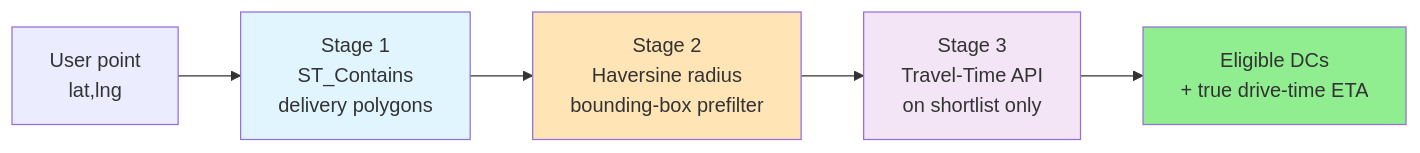
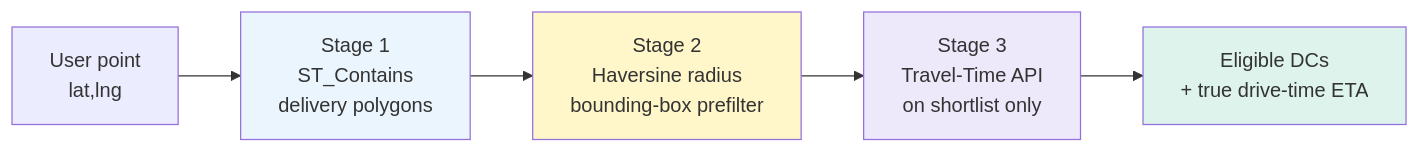
Before and after one commit to cartmancodes/InterviewVault: the third of 7 diagrams in LLD/questions/Design Local Delivery Service.md, drawn with Mermaid. The commit also changed other lines of this file and 679 other files, not shown here.

Commit message:
Unify content diagrams and add accessible visual walkthroughs

````diff
--- a/LLD/questions/Design Local Delivery Service.md
+++ b/LLD/questions/Design Local Delivery Service.md
@@ -227,12 +227,12 @@
 ```mermaid
 graph LR
     U[User point<br/>lat,lng] --> S1[Stage 1<br/>ST_Contains<br/>delivery polygons]
     S1 --> S2[Stage 2<br/>Haversine radius<br/>bounding-box prefilter]
     S2 --> S3[Stage 3<br/>Travel-Time API<br/>on shortlist only]
     S3 --> R[Eligible DCs<br/>+ true drive-time ETA]
 
-    style S1 fill:#e1f5ff
-    style S2 fill:#FFE4B5
-    style S3 fill:#f3e5f5
-    style R fill:#90EE90
+    style S1 fill:#EAF5FD
+    style S2 fill:#FFF6C9
+    style S3 fill:#EDE8FA
+    style R fill:#DDF3EC
 ```
````
